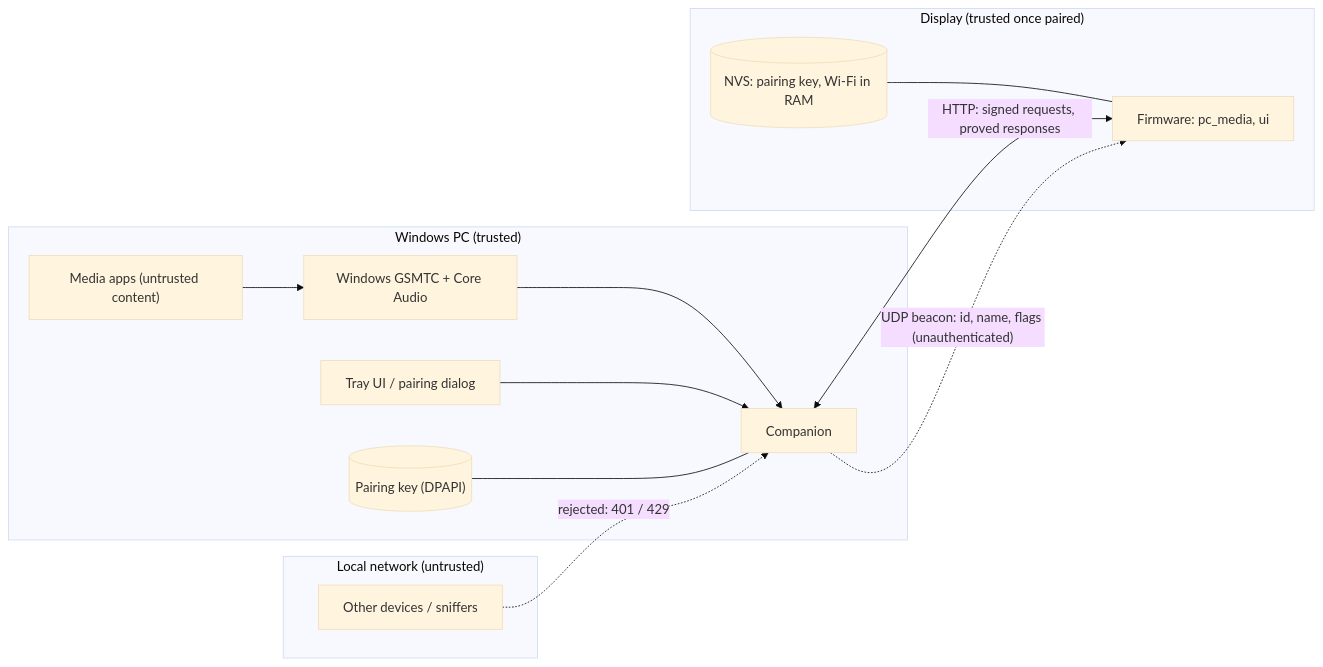
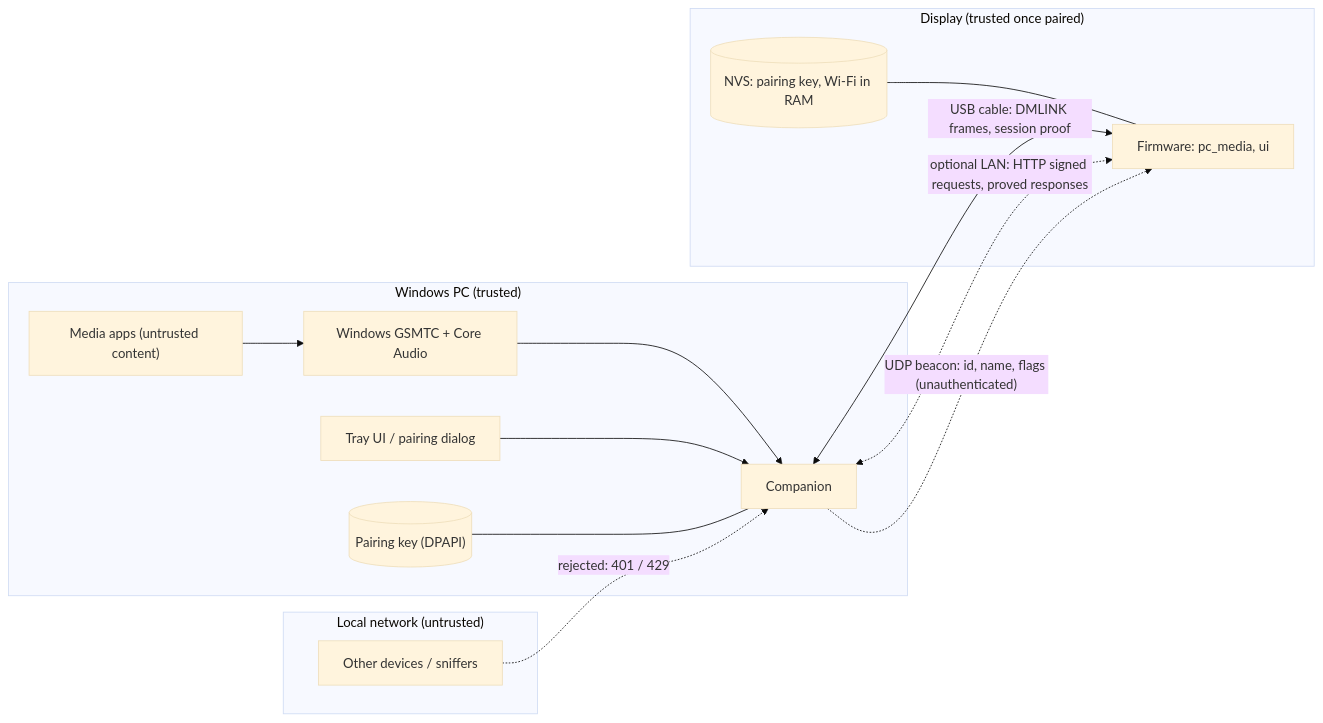
Before and after one commit to shayansharif532/ESP-32-Music-Displayer: the diagram in docs/security.md, drawn with Mermaid (base theme). The commit also changed other lines of this file and 8 other files, not shown here.

Commit message:
fix(companion): security review fixes - no replay of private answers after the session ends, /link/open does not revoke a live session, /pair/offer bound to the beaconing display, Pair button arms after 1.5 s, track titles only in the debug log; security.md USB model and review record

````diff
--- a/docs/security.md
+++ b/docs/security.md
@@ -35,19 +36,20 @@
 ```mermaid
 flowchart LR
     subgraph PC["Windows PC (trusted)"]
         APPS["Media apps (untrusted content)"] --> WIN["Windows GSMTC + Core Audio"]
         WIN --> COMP["Companion"]
         TRAY["Tray UI / pairing dialog"] --> COMP
         STORE[("Pairing key (DPAPI)")] --- COMP
     end
     subgraph LAN["Local network (untrusted)"]
         OTHER["Other devices / sniffers"]
     end
     subgraph DEV["Display (trusted once paired)"]
         FW["Firmware: pc_media, ui"]
         NVS[("NVS: pairing key, Wi-Fi in RAM")] --- FW
     end
-    COMP <-->|"HTTP: signed requests, proved responses"| FW
+    COMP <-->|"USB cable: DMLINK frames, session proof"| FW
+    COMP <-.->|"optional LAN: HTTP signed requests, proved responses"| FW
     COMP -. "UDP beacon: id, name, flags (unauthenticated)" .-> FW
     OTHER -. "rejected: 401 / 429" .-> COMP
 ```
````
